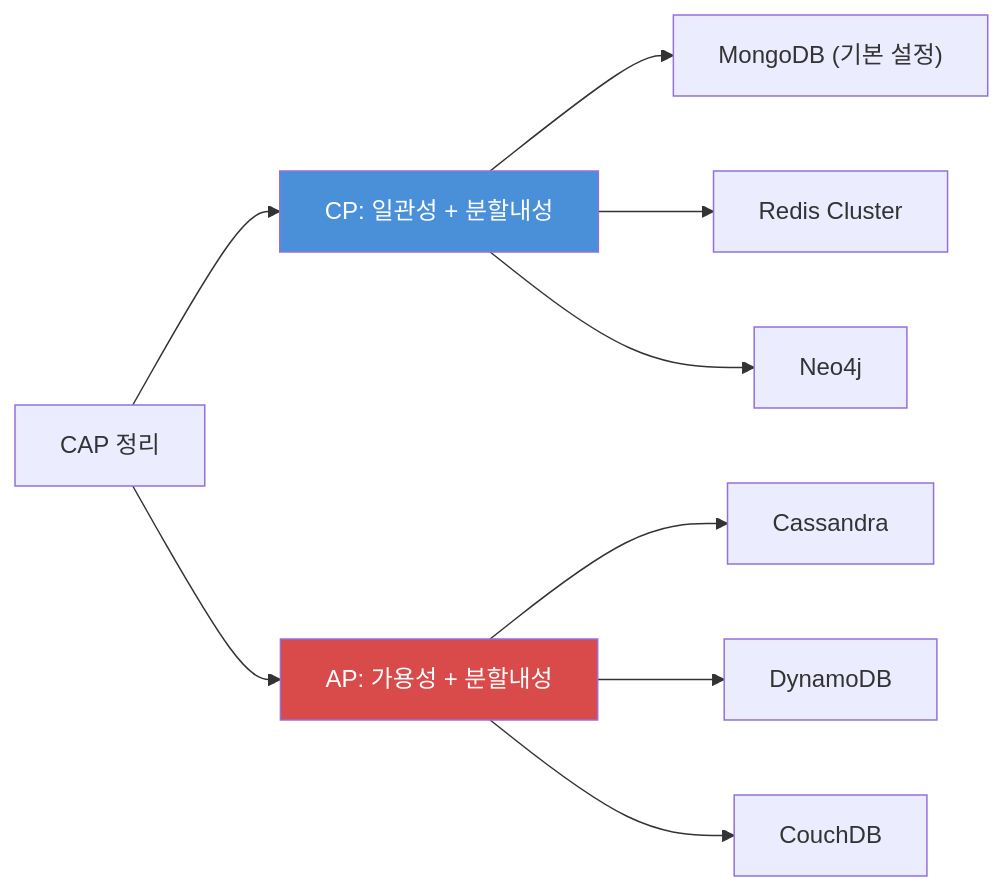
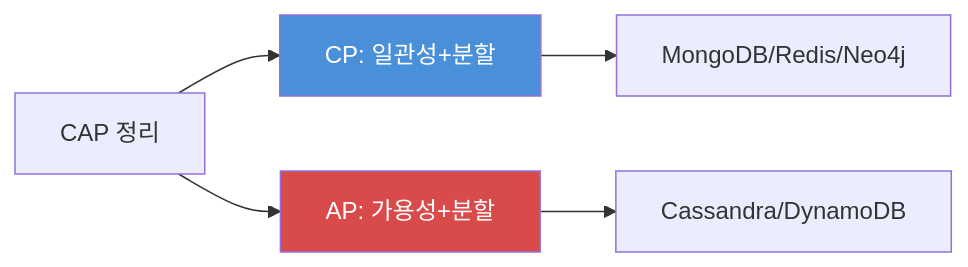
One commit to yjkim2015/yjkim2015.github.io changed the fourth of 7 diagrams in _posts/nosql/2026-05-03-nosql-comparison.md. Above: the diagram before and after it, drawn with Mermaid. The commit also changed other lines of this file and 163 other files, not shown here.

First line of the commit message:
Mermaid 300개 블록 내용 축소: 5노드 5엣지 이하, 의미 있는 약어

````diff
--- a/_posts/nosql/2026-05-03-nosql-comparison.md
+++ b/_posts/nosql/2026-05-03-nosql-comparison.md
@@ -173,13 +173,9 @@
 ```mermaid
 graph LR
-    CAP["CAP 정리"] --> CP["CP: 일관성 + 분할내성"]
-    CAP --> AP["AP: 가용성 + 분할내성"]
-    CP --> MongoDB_cp["MongoDB (기본 설정)"]
-    CP --> Redis_cp["Redis Cluster"]
-    CP --> Neo4j_cp["Neo4j"]
-    AP --> Cassandra_ap["Cassandra"]
-    AP --> DynamoDB_ap["DynamoDB"]
-    AP --> CouchDB_ap["CouchDB"]
+    CAP["CAP 정리"] --> CP["CP: 일관성+분할"]
+    CAP --> AP["AP: 가용성+분할"]
+    CP --> C1["MongoDB/Redis/Neo4j"]
+    AP --> C2["Cassandra/DynamoDB"]
     style CP fill:#4A90D9,color:#fff
     style AP fill:#D94A4A,color:#fff
 ```
````
